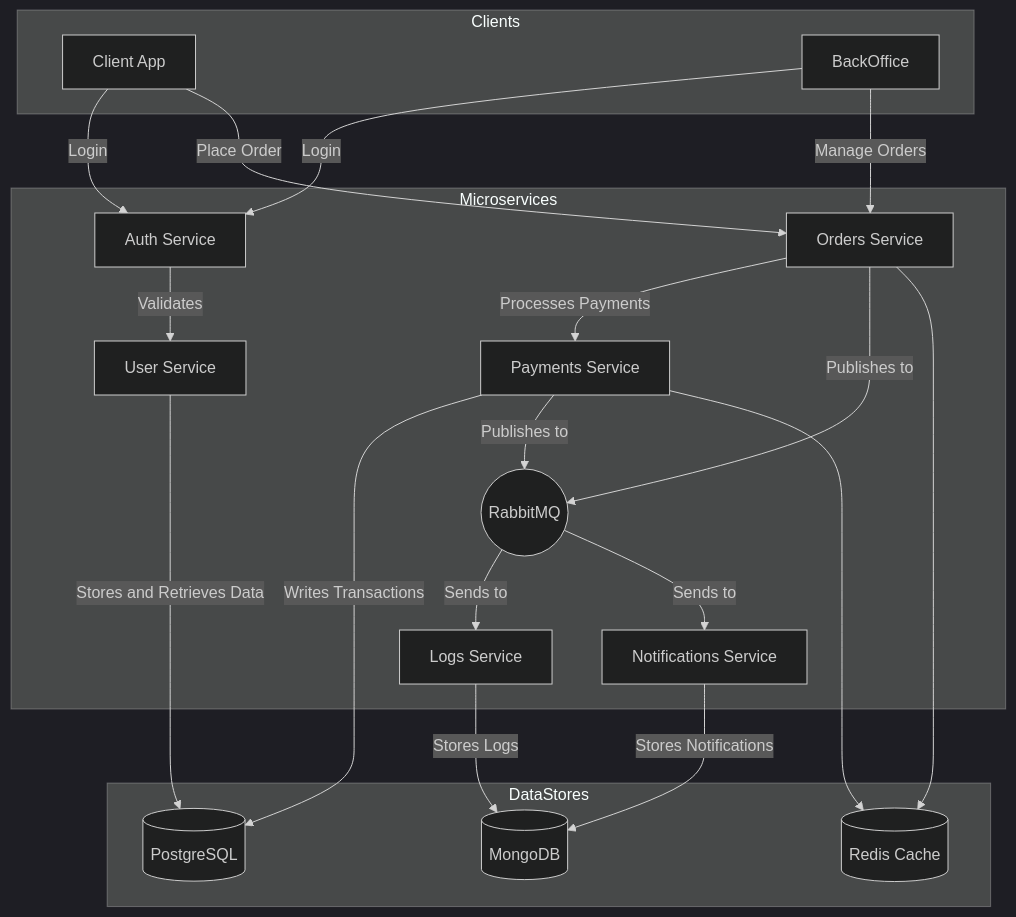
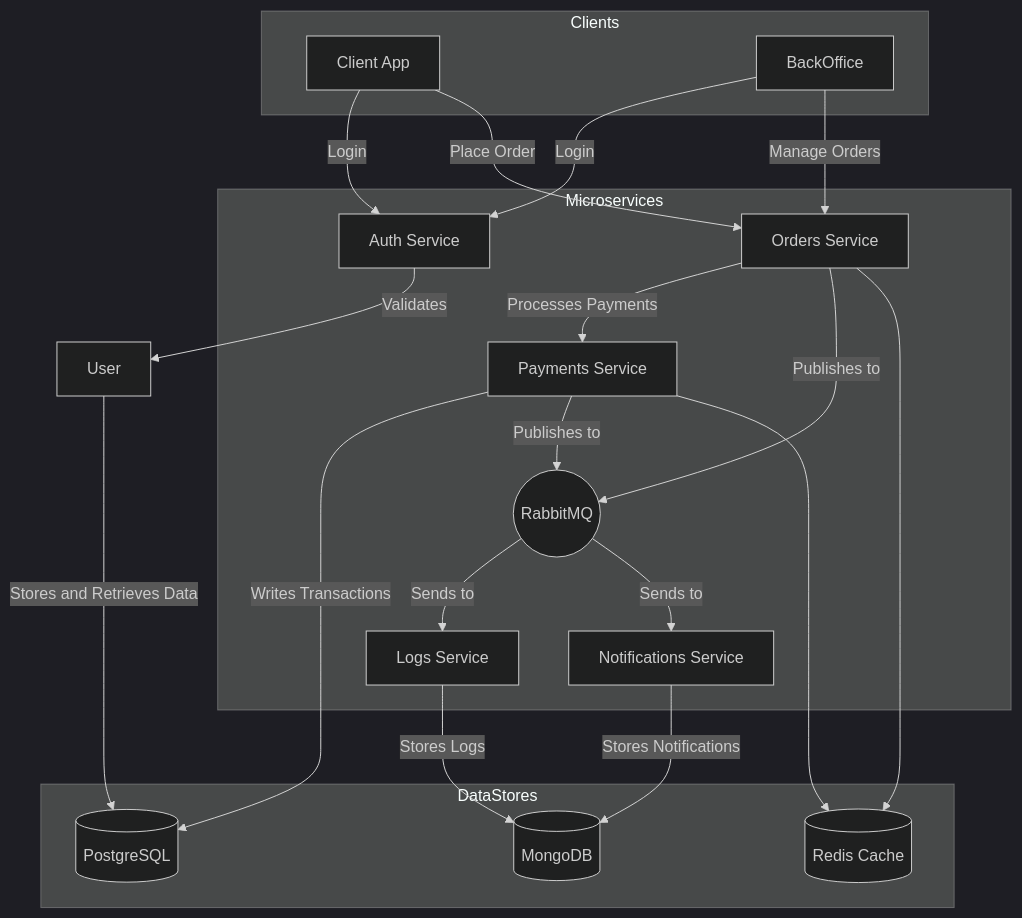
Before and after one commit to PepeCodeHub/E-commerce: the diagram in README.md, drawn with Mermaid (dark theme).

````diff
--- a/README.md
+++ b/README.md
@@ -4,59 +4,58 @@
 ```mermaid
 graph TD
     %% Clients
     subgraph Clients
         A[Client App]
         B[BackOffice]
     end
     
     %% Microservices (Core and Event-Driven)
     subgraph Microservices
         %% Core Services
         Auth[Auth Service]
-        User[User Service]
         Orders[Orders Service]
         Payments[Payments Service]
         
         %% Event-Driven Services
         Logs[Logs Service]
         Notifications[Notifications Service]
         
         %% RabbitMQ
         RabbitMQ((RabbitMQ))
     end
     
     %% Data Stores
     subgraph DataStores
         DB[(PostgreSQL)]
         Redis[(Redis Cache)]
         Mongo[(MongoDB)]
     end
     
     %% Client interactions
     A -->|Login| Auth
     B -->|Login| Auth
     A -->|Place Order| Orders
     B -->|Manage Orders| Orders
     
     %% Core Services interactions
     Auth -->|Validates| User
     Orders -->|Processes Payments| Payments
     Payments -->|Writes Transactions| DB
     User -->|Stores and Retrieves Data| DB
     
     %% RabbitMQ event flow (Publishers)
     Orders -->|Publishes to| RabbitMQ
     Payments -->|Publishes to| RabbitMQ
     
     %% RabbitMQ event flow (Subscribers)
     RabbitMQ -->|Sends to| Logs
     RabbitMQ -->|Sends to| Notifications
     
     %% Event-driven services storing data
     Logs -->|Stores Logs| Mongo
     Notifications -->|Stores Notifications| Mongo
     
     %% Caching and Data Access
     Orders --> Redis
     Payments --> Redis
 ```
````
